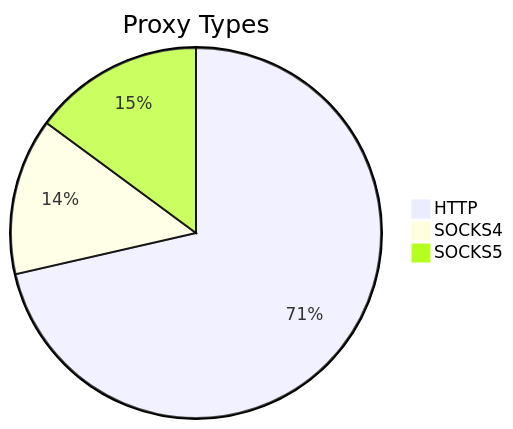
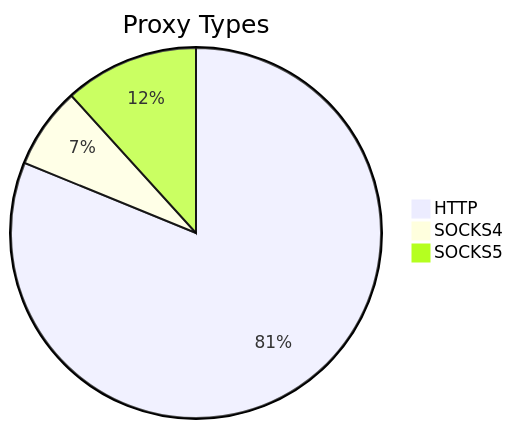
The first of 2 diagrams in README.md (stormsia/proxy-list), drawn with Mermaid before and after one commit. The commit also changed other lines of this file, not shown here.

````diff
--- a/README.md
+++ b/README.md
@@ -21,6 +21,6 @@
 ```mermaid
 pie title Proxy Types
-    "HTTP" : 235
-    "SOCKS4" : 45
-    "SOCKS5" : 49
+    "HTTP" : 263
+    "SOCKS4" : 23
+    "SOCKS5" : 38
 ```
````
